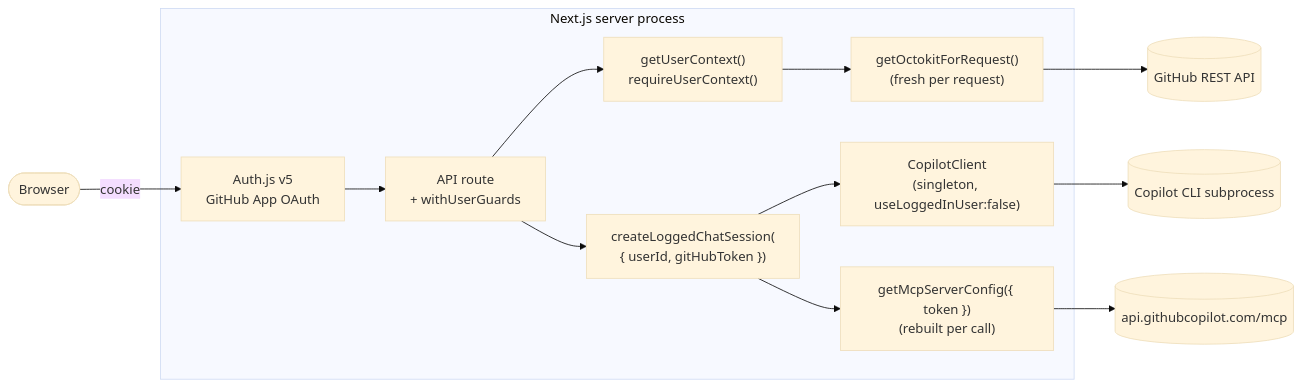
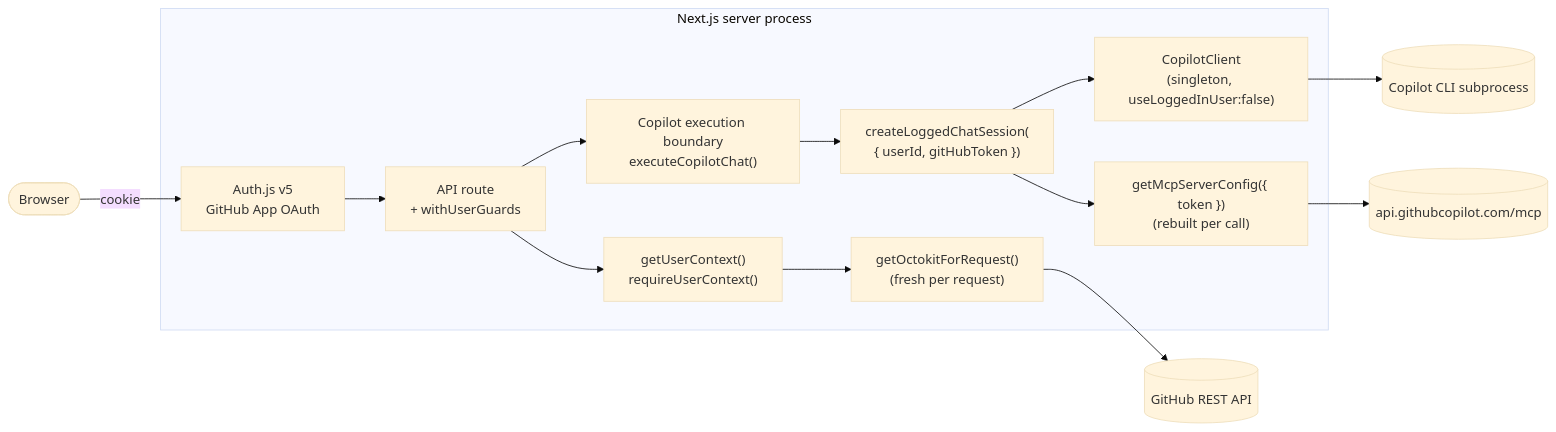
One commit to chrisreddington/flight-school changed the diagram in docs/architecture-multitenant.md. Above: the diagram before and after it, drawn with Mermaid (base theme). The commit also changed other lines of this file and 4 other files, not shown here.

````diff
--- a/docs/architecture-multitenant.md
+++ b/docs/architecture-multitenant.md
@@ -11,26 +11,27 @@
 ```mermaid
 flowchart LR
     Browser([Browser])
 
     subgraph NextProc["Next.js server process"]
         AuthJS["Auth.js v5<br/>GitHub App OAuth"]
         Route["API route<br/>+ withUserGuards"]
+        Exec["Copilot execution boundary<br/>executeCopilotChat()"]
         Ctx["getUserContext()<br/>requireUserContext()"]
         Oct["getOctokitForRequest()<br/>(fresh per request)"]
         Sess["createLoggedChatSession(<br/>{ userId, gitHubToken })"]
         Client["CopilotClient<br/>(singleton, useLoggedInUser:false)"]
         MCP["getMcpServerConfig({ token })<br/>(rebuilt per call)"]
     end
 
     GH[(GitHub REST API)]
     MCPSrv[(api.githubcopilot.com/mcp)]
     Copilot[(Copilot CLI subprocess)]
 
     Browser -->|cookie| AuthJS
     AuthJS --> Route
     Route --> Ctx
     Ctx --> Oct --> GH
-    Route --> Sess
+    Route --> Exec --> Sess
     Sess --> Client --> Copilot
     Sess --> MCP --> MCPSrv
 ```
````
